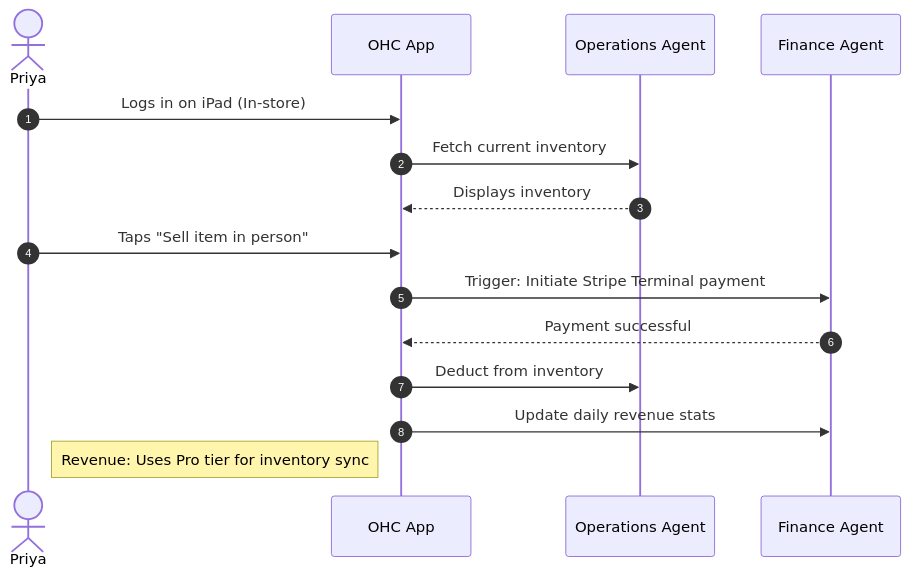
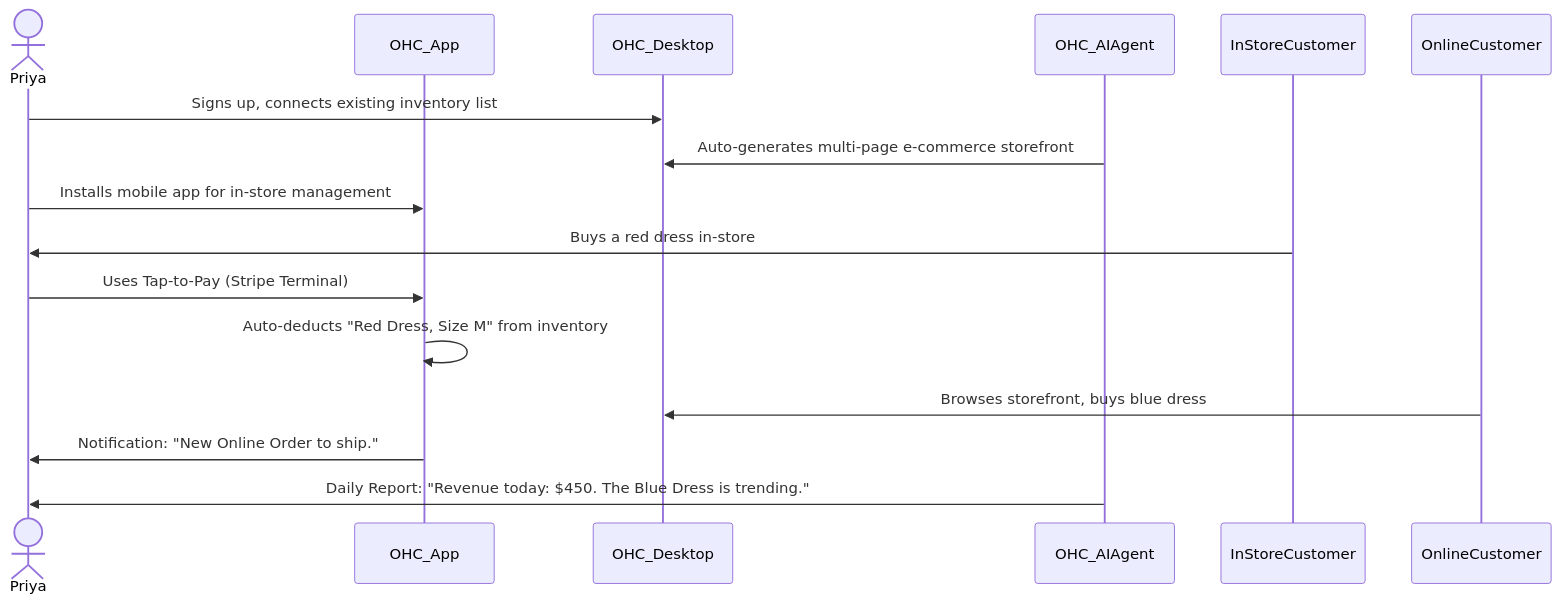
One commit to omnisolo-llc/onehumancorp changed the third of 5 diagrams in docs/research/[architecture]_business_journey.md. Above: the diagram before and after it, drawn with Mermaid. The commit also changed other lines of this file, not shown here.

First line of the commit message:
docs: create Business Journey Architecture research report

````diff
--- a/docs/research/[architecture]_business_journey.md
+++ b/docs/research/[architecture]_business_journey.md
@@ -94,18 +121,25 @@
 ```mermaid
 sequenceDiagram
-    autonumber
-    actor Priya as Priya
-    participant App as OHC App
-    participant Ops as Operations Agent
-    participant Fin as Finance Agent
+    actor Priya
+    participant OHC_App
+    participant OHC_Desktop
+    participant OHC_AIAgent
+    participant InStoreCustomer
+    participant OnlineCustomer
 
-    Priya->>App: Logs in on iPad (In-store)
-    App->>Ops: Fetch current inventory
-    Ops-->>App: Displays inventory
-    Priya->>App: Taps "Sell item in person"
-    App->>Fin: Trigger: Initiate Stripe Terminal payment
-    Fin-->>App: Payment successful
-    App->>Ops: Deduct from inventory
-    App->>Fin: Update daily revenue stats
-    note right of Priya: Revenue: Uses Pro tier for inventory sync
+    %% Onboarding & Activation
+    Priya->>OHC_Desktop: Signs up, connects existing inventory list
+    OHC_AIAgent->>OHC_Desktop: Auto-generates multi-page e-commerce storefront
+    Priya->>OHC_App: Installs mobile app for in-store management
+
+    %% Execution (Hybrid)
+    InStoreCustomer->>Priya: Buys a red dress in-store
+    Priya->>OHC_App: Uses Tap-to-Pay (Stripe Terminal)
+    OHC_App->>OHC_App: Auto-deducts "Red Dress, Size M" from inventory
+
+    OnlineCustomer->>OHC_Desktop: Browses storefront, buys blue dress
+    OHC_App->>Priya: Notification: "New Online Order to ship."
+
+    %% Retention
+    OHC_AIAgent->>Priya: Daily Report: "Revenue today: $450. The Blue Dress is trending."
 ```
````
